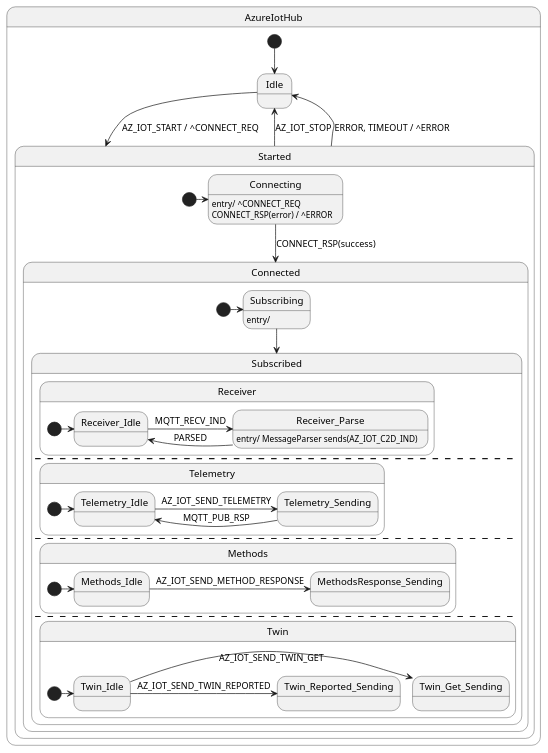
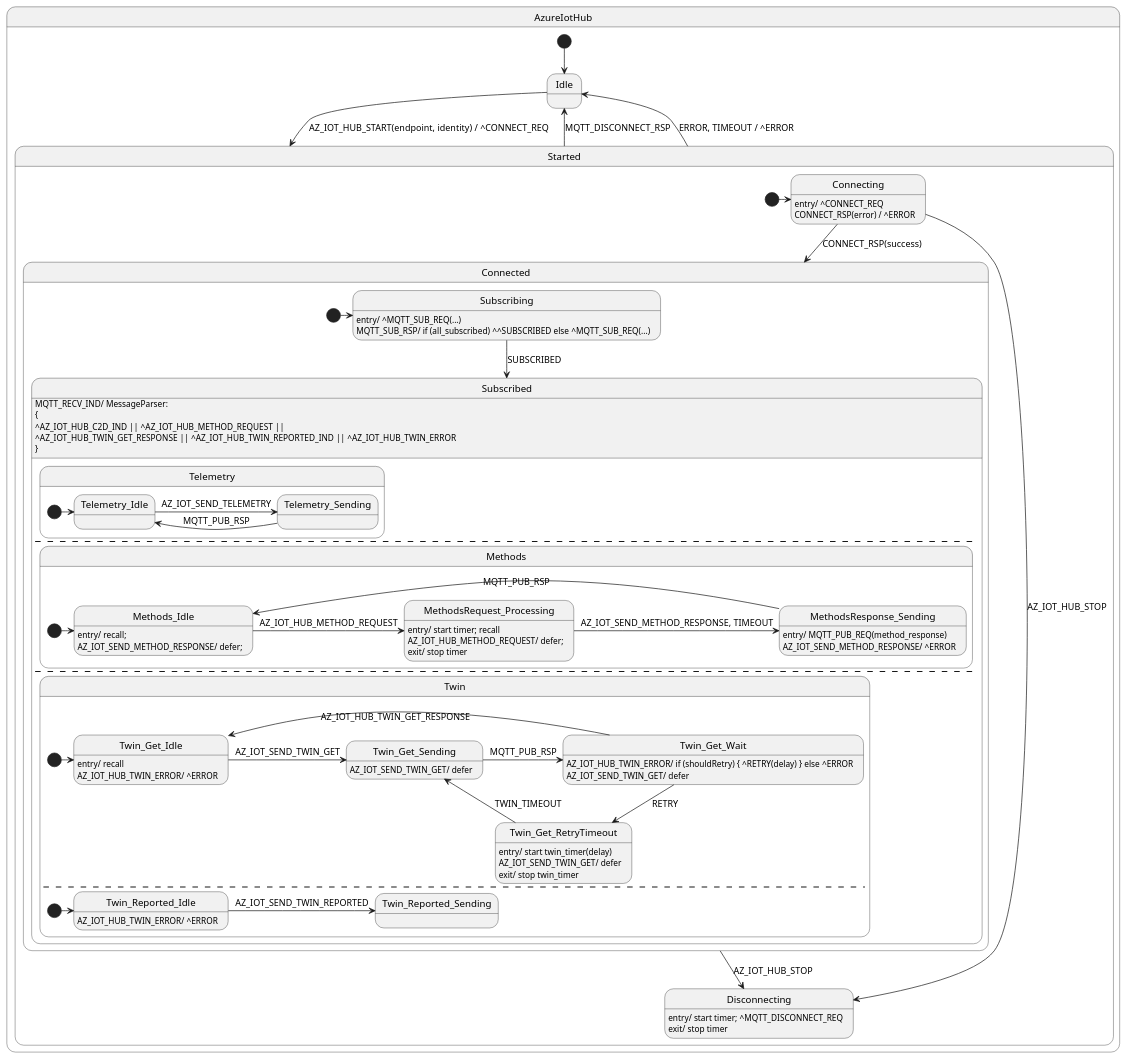
The diagram in sdk/docs/iot/resources/iot_hsm_hub.puml (vaavva/azure-sdk-for-c-hfsm), drawn with PlantUML before and after one commit. The commit also changed 1 other file, not shown here.

Commit message:
WIP hub, prov

```diff
--- a/sdk/docs/iot/resources/iot_hsm_hub.puml
+++ b/sdk/docs/iot/resources/iot_hsm_hub.puml
@@ -1,66 +1,107 @@
 @startuml
 
 state AzureIotHub {
     state Idle
     state Started {
         state Connecting
         Connecting : entry/ ^CONNECT_REQ
         Connecting : CONNECT_RSP(error) / ^ERROR
 
         state Connected {
             state Subscribing
-            Subscribing : entry/ 
+            Subscribing : entry/ ^MQTT_SUB_REQ(...)
+            Subscribing : MQTT_SUB_RSP/ if (all_subscribed) ^^SUBSCRIBED else ^MQTT_SUB_REQ(...)
             state Subscribed {
-                state Receiver {
-                    state Receiver_Idle
-                    state Receiver_Parse
-                    Receiver_Parse : entry/ MessageParser sends(AZ_IOT_C2D_IND)
-
-                    [*] -> Receiver_Idle
-                    Receiver_Idle -> Receiver_Parse : MQTT_RECV_IND
-                    Receiver_Parse -> Receiver_Idle : PARSED
-                }
-                --
                 state Telemetry {
                     state Telemetry_Idle
                     state Telemetry_Sending
 
                     [*] -> Telemetry_Idle
                     Telemetry_Idle -> Telemetry_Sending : AZ_IOT_SEND_TELEMETRY
                     Telemetry_Sending -> Telemetry_Idle : MQTT_PUB_RSP
                 }
                 --
                 state Methods {
                     state Methods_Idle
+                    Methods_Idle : entry/ recall;
+                    Methods_Idle : AZ_IOT_SEND_METHOD_RESPONSE/ defer;
+
+                    state MethodsRequest_Processing
+                    MethodsRequest_Processing : entry/ start timer; recall
+                    MethodsRequest_Processing : AZ_IOT_HUB_METHOD_REQUEST/ defer;
+                    MethodsRequest_Processing : exit/ stop timer
+
                     state MethodsResponse_Sending
-                    
+                    MethodsResponse_Sending : entry/ MQTT_PUB_REQ(method_response)
+                    MethodsResponse_Sending : AZ_IOT_SEND_METHOD_RESPONSE/ ^ERROR
+
                     [*] -> Methods_Idle
-                    Methods_Idle -> MethodsResponse_Sending : AZ_IOT_SEND_METHOD_RESPONSE
+                    Methods_Idle -> MethodsRequest_Processing : AZ_IOT_HUB_METHOD_REQUEST
+                    MethodsRequest_Processing -> MethodsResponse_Sending : AZ_IOT_SEND_METHOD_RESPONSE, TIMEOUT
+                    MethodsResponse_Sending -> Methods_Idle : MQTT_PUB_RSP
                 }
                 --
                 state Twin {
-                    state Twin_Idle
+                    state Twin_Get_Idle
+                    Twin_Get_Idle : entry/ recall
+                    Twin_Get_Idle : AZ_IOT_HUB_TWIN_ERROR/ ^ERROR
+
                     state Twin_Get_Sending
+                    Twin_Get_Sending : AZ_IOT_SEND_TWIN_GET/ defer
+
+                    state Twin_Get_Wait
+                    Twin_Get_Wait : AZ_IOT_HUB_TWIN_ERROR/ if (shouldRetry) { ^RETRY(delay) } else ^ERROR
+                    Twin_Get_Wait : AZ_IOT_SEND_TWIN_GET/ defer
+
+                    state Twin_Get_RetryTimeout
+                    Twin_Get_RetryTimeout : entry/ start twin_timer(delay)
+                    Twin_Get_RetryTimeout : AZ_IOT_SEND_TWIN_GET/ defer
+                    Twin_Get_RetryTimeout : exit/ stop twin_timer
+
+                    [*] -> Twin_Get_Idle
+                    Twin_Get_Idle -> Twin_Get_Sending : AZ_IOT_SEND_TWIN_GET
+                    Twin_Get_Sending -> Twin_Get_Wait : MQTT_PUB_RSP
+                    Twin_Get_Wait -> Twin_Get_Idle : AZ_IOT_HUB_TWIN_GET_RESPONSE
+                    Twin_Get_Wait --> Twin_Get_RetryTimeout : RETRY
+                    Twin_Get_RetryTimeout -> Twin_Get_Sending : TWIN_TIMEOUT
+
+                    ---
+
+                    state Twin_Reported_Idle
+                    Twin_Reported_Idle : AZ_IOT_HUB_TWIN_ERROR/ ^ERROR
+
                     state Twin_Reported_Sending
 
-                    [*] -> Twin_Idle
-                    Twin_Idle -> Twin_Get_Sending : AZ_IOT_SEND_TWIN_GET
-                    Twin_Idle -> Twin_Reported_Sending : AZ_IOT_SEND_TWIN_REPORTED
+                    [*] -> Twin_Reported_Idle
+                    Twin_Reported_Idle -> Twin_Reported_Sending : AZ_IOT_SEND_TWIN_REPORTED
                 }
             }
 
+            ' TODO: Some of the events should be internal to allow defer/recall queues to work:
+            Subscribed : MQTT_RECV_IND/ MessageParser: 
+            Subscribed : {
+            Subscribed: ^AZ_IOT_HUB_C2D_IND || ^AZ_IOT_HUB_METHOD_REQUEST || 
+            Subscribed: ^AZ_IOT_HUB_TWIN_GET_RESPONSE || ^AZ_IOT_HUB_TWIN_REPORTED_IND || ^AZ_IOT_HUB_TWIN_ERROR
+            Subscribed : }
+
             [*] -> Subscribing
-            Subscribing --> Subscribed
+            Subscribing --> Subscribed : SUBSCRIBED
         }
+
+        state Disconnecting
+        Disconnecting : entry/ start timer; ^MQTT_DISCONNECT_REQ
+        Disconnecting : exit/ stop timer
 
         [*] -> Connecting
         Connecting --> Connected : CONNECT_RSP(success)
+        Connecting --> Disconnecting : AZ_IOT_HUB_STOP
+        Connected --> Disconnecting : AZ_IOT_HUB_STOP
     }
 
     [*] --> Idle
-    Idle -> Started : AZ_IOT_START / ^CONNECT_REQ
-    Started --> Idle : AZ_IOT_STOP
+    Idle -> Started : AZ_IOT_HUB_START(endpoint, identity) / ^CONNECT_REQ
+    Started --> Idle : MQTT_DISCONNECT_RSP
     Started --> Idle : ERROR, TIMEOUT / ^ERROR
 }
 
 @enduml
```
